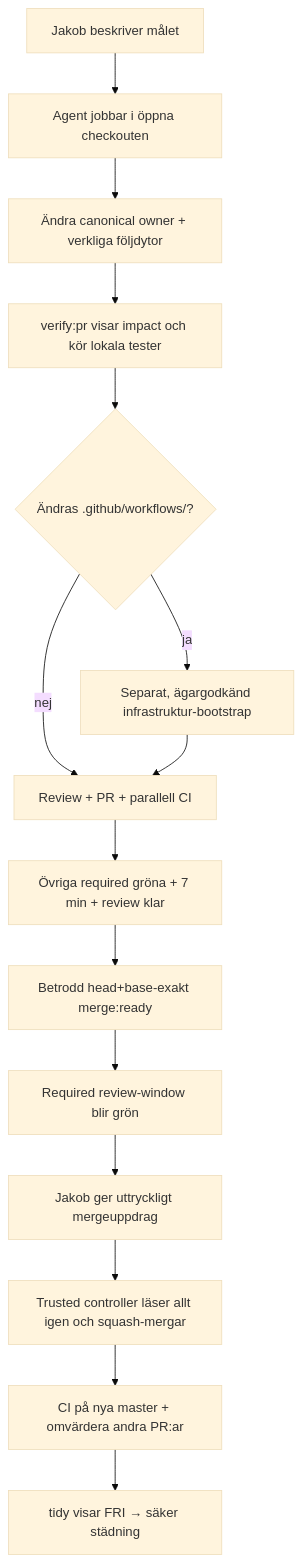
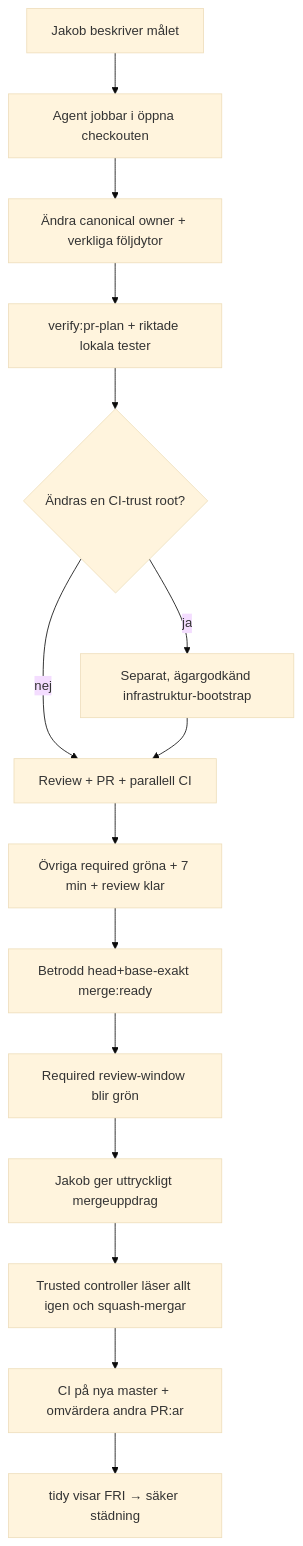
Before and after one commit to Jakeminator123/sajtmaskin: the diagram in docs/runbooks/agent-workflow.md, drawn with Mermaid (base theme). The commit also changed other lines of this file and 16 other files, not shown here.

````diff
--- a/docs/runbooks/agent-workflow.md
+++ b/docs/runbooks/agent-workflow.md
@@ -7,17 +7,17 @@
 ```mermaid
 flowchart TD
   U["Jakob beskriver målet"] --> A["Agent jobbar i öppna checkouten"]
   A --> B["Ändra canonical owner + verkliga följdytor"]
-  B --> C["verify:pr visar impact och kör lokala tester"]
-  C --> W{"Ändras .github/workflows/?"}
+  B --> C["verify:pr-plan + riktade lokala tester"]
+  C --> W{"Ändras en CI-trust root?"}
   W -- "nej" --> D["Review + PR + parallell CI"]
   W -- "ja" --> X["Separat, ägargodkänd infrastruktur-bootstrap"]
   X --> D
   D --> E["Övriga required gröna + 7 min + review klar"]
   E --> F["Betrodd head+base-exakt merge:ready"]
   F --> G["Required review-window blir grön"]
   G --> H["Jakob ger uttryckligt mergeuppdrag"]
   H --> I["Trusted controller läser allt igen och squash-mergar"]
   I --> K["CI på nya master + omvärdera andra PR:ar"]
   K --> J["tidy visar FRI → säker städning"]
 ```
````
